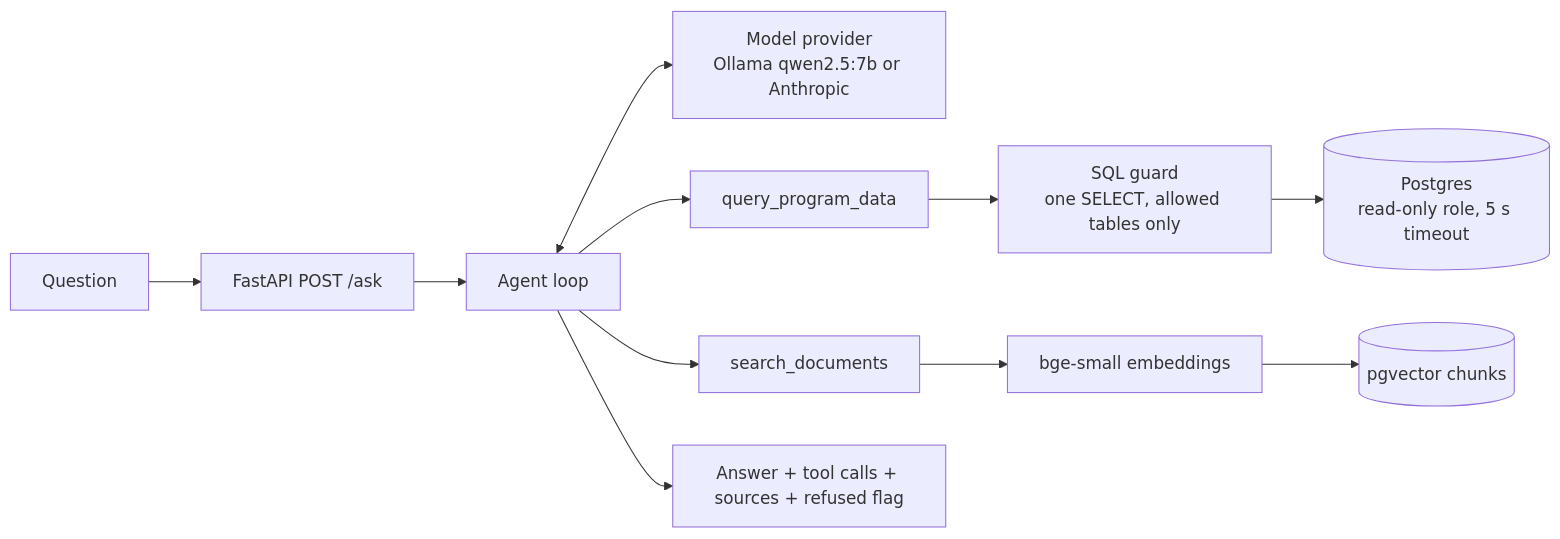
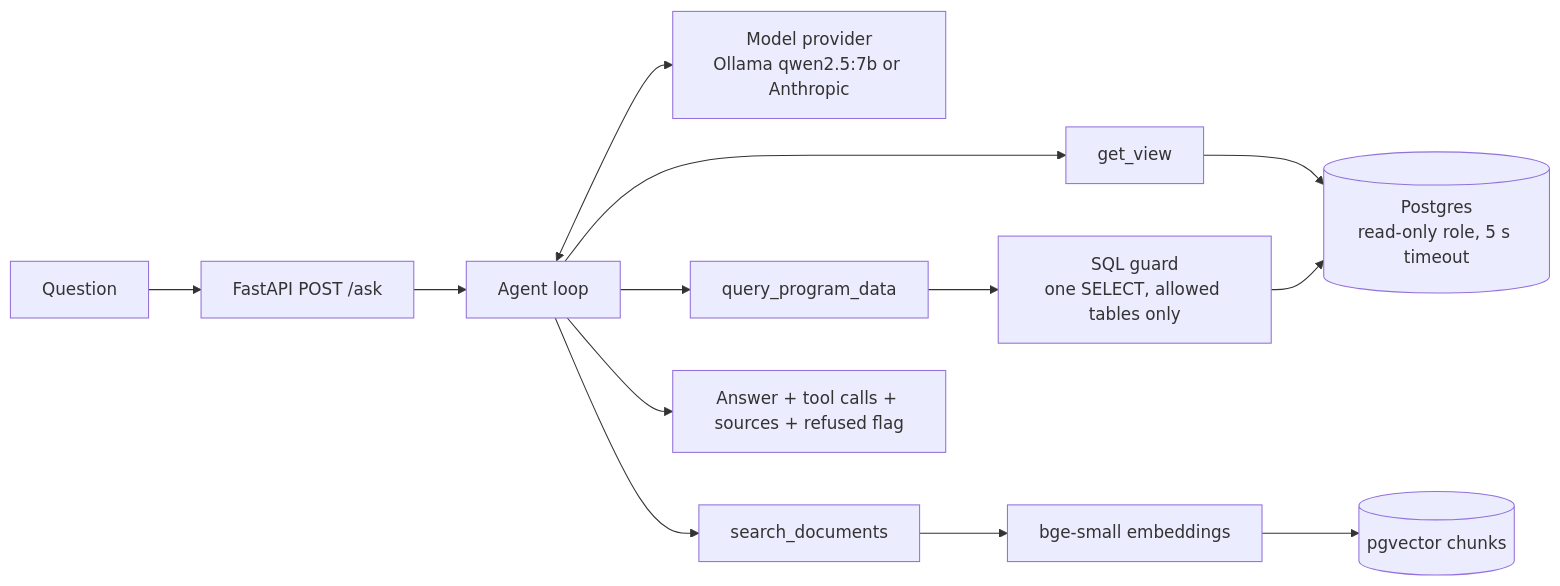
The diagram in README.md (Emmanuel-m42/program-data-assistant), drawn with Mermaid before and after one commit. The commit also changed other lines of this file and 5 other files, not shown here.

````diff
--- a/README.md
+++ b/README.md
@@ -13,13 +13,15 @@
 ```mermaid
 flowchart LR
     Q[Question] --> API[FastAPI POST /ask]
     API --> A[Agent loop]
     A <--> M[Model provider<br/>Ollama qwen2.5:7b or Anthropic]
+    A --> T0[get_view]
+    T0 --> R
     A --> T1[query_program_data]
     A --> T2[search_documents]
     T1 --> G[SQL guard<br/>one SELECT, allowed tables only]
     G --> R[(Postgres<br/>read-only role, 5 s timeout)]
     T2 --> E[bge-small embeddings]
     E --> V[(pgvector chunks)]
     A --> O[Answer + tool calls + sources + refused flag]
 ```
````
